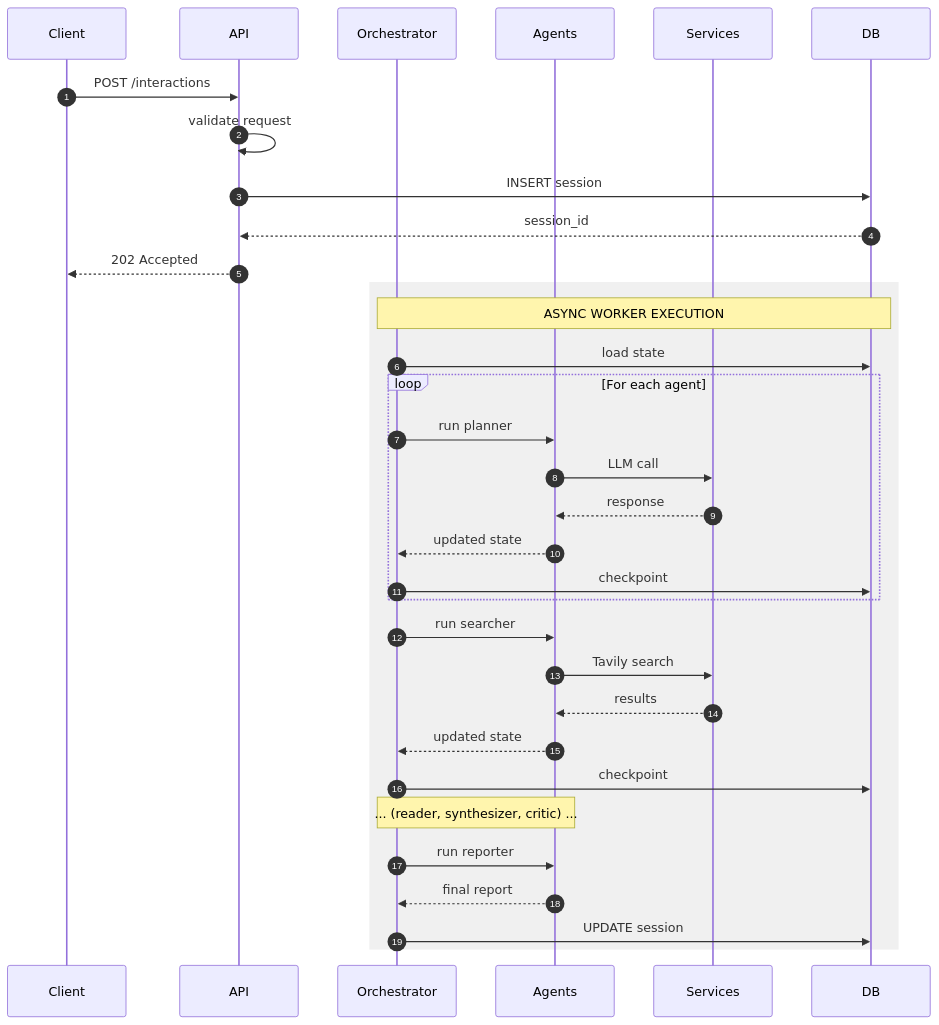
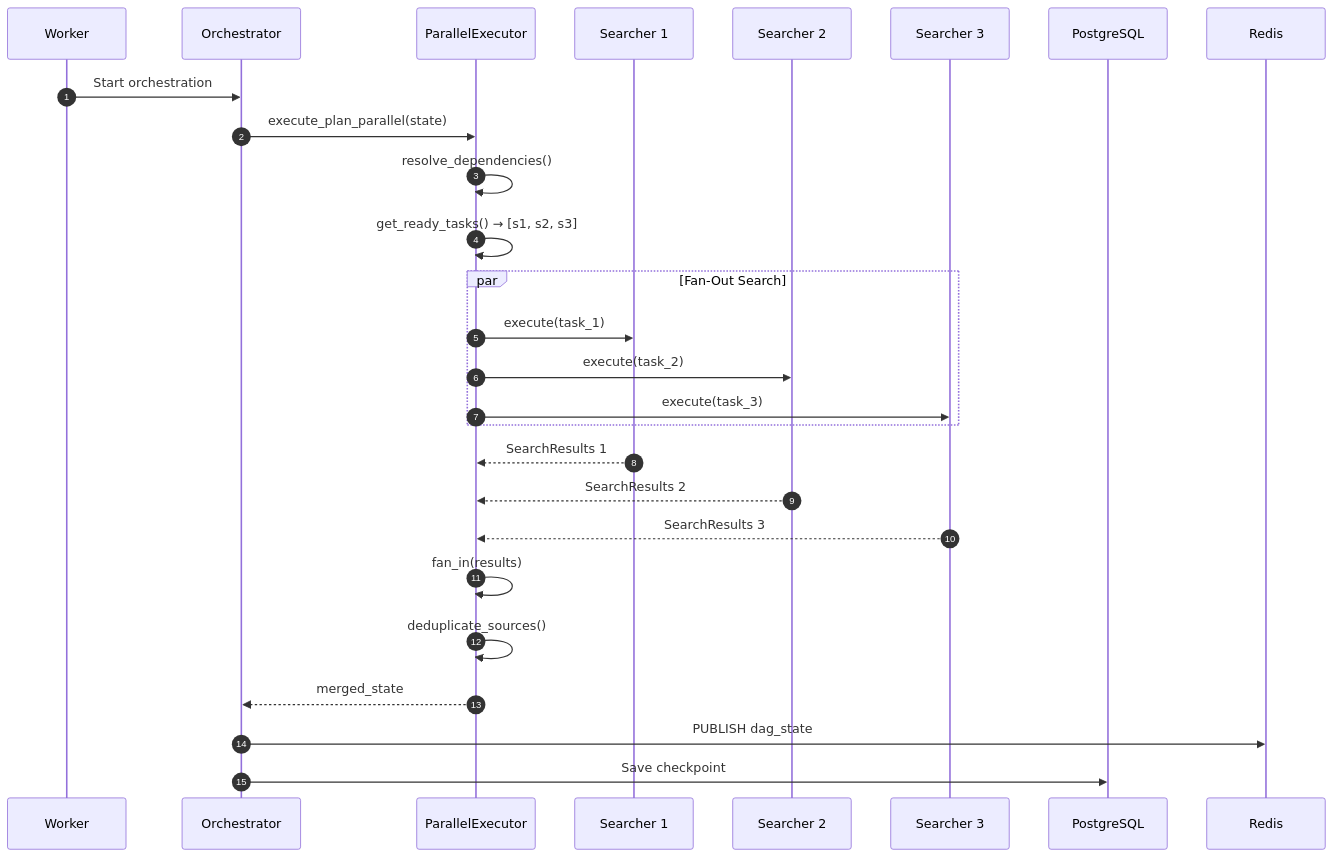
Diagram 18 of 26 in docs/LLD.md (satyamaix/DeepResearchX), drawn with Mermaid before and after one commit. The commit also changed other lines of this file and 2 other files, not shown here.

````diff
--- a/docs/LLD.md
+++ b/docs/LLD.md
@@ -490,41 +1086,35 @@
 ```mermaid
 sequenceDiagram
     autonumber
-    participant Client
-    participant API
-    participant Orchestrator
-    participant Agents
-    participant Services
-    participant DB
+    participant W as Worker
+    participant O as Orchestrator
+    participant PE as ParallelExecutor
+    participant A1 as Searcher 1
+    participant A2 as Searcher 2
+    participant A3 as Searcher 3
+    participant DB as PostgreSQL
+    participant R as Redis
 
-    Client->>API: POST /interactions
-    API->>API: validate request
-    API->>DB: INSERT session
-    DB-->>API: session_id
-    API-->>Client: 202 Accepted
+    W->>O: Start orchestration
+    O->>PE: execute_plan_parallel(state)
 
-    rect rgb(240, 240, 240)
-        Note over Orchestrator,DB: ASYNC WORKER EXECUTION
-        Orchestrator->>DB: load state
+    PE->>PE: resolve_dependencies()
+    PE->>PE: get_ready_tasks() → [s1, s2, s3]
 
-        loop For each agent
-            Orchestrator->>Agents: run planner
-            Agents->>Services: LLM call
-            Services-->>Agents: response
-            Agents-->>Orchestrator: updated state
-            Orchestrator->>DB: checkpoint
-        end
+    par Fan-Out Search
+        PE->>A1: execute(task_1)
+        PE->>A2: execute(task_2)
+        PE->>A3: execute(task_3)
+    end
 
-        Orchestrator->>Agents: run searcher
-        Agents->>Services: Tavily search
-        Services-->>Agents: results
-        Agents-->>Orchestrator: updated state
-        Orchestrator->>DB: checkpoint
+    A1-->>PE: SearchResults 1
+    A2-->>PE: SearchResults 2
+    A3-->>PE: SearchResults 3
 
-        Note over Orchestrator,Agents: ... (reader, synthesizer, critic) ...
+    PE->>PE: fan_in(results)
+    PE->>PE: deduplicate_sources()
+    PE-->>O: merged_state
 
-        Orchestrator->>Agents: run reporter
-        Agents-->>Orchestrator: final report
-        Orchestrator->>DB: UPDATE session
-    end
+    O->>R: PUBLISH dag_state
+    O->>DB: Save checkpoint
 ```
````
